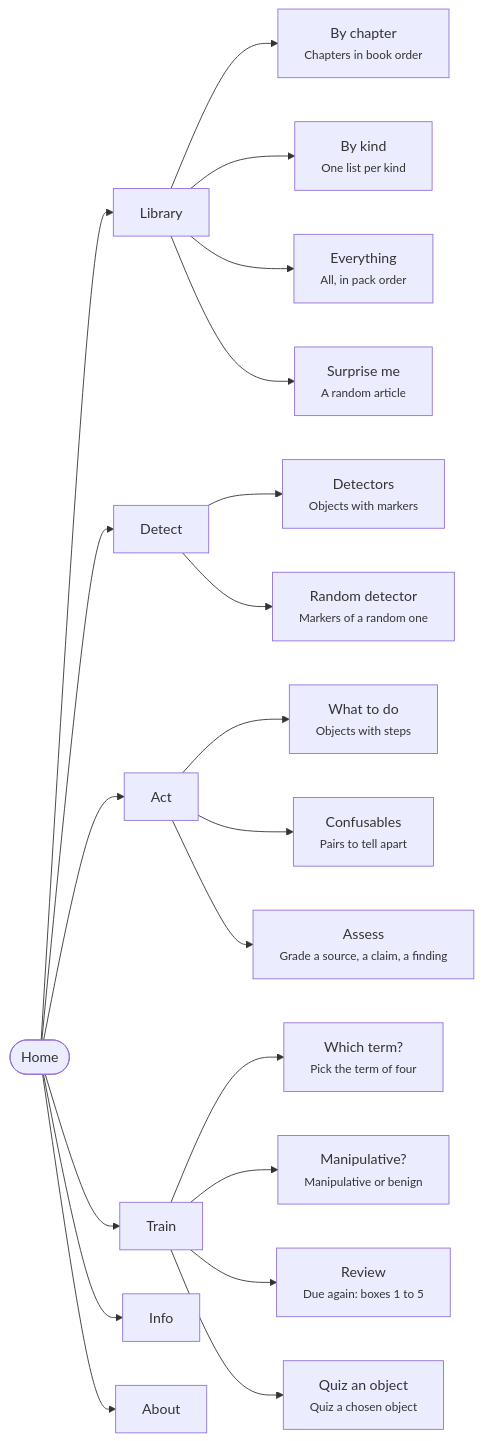
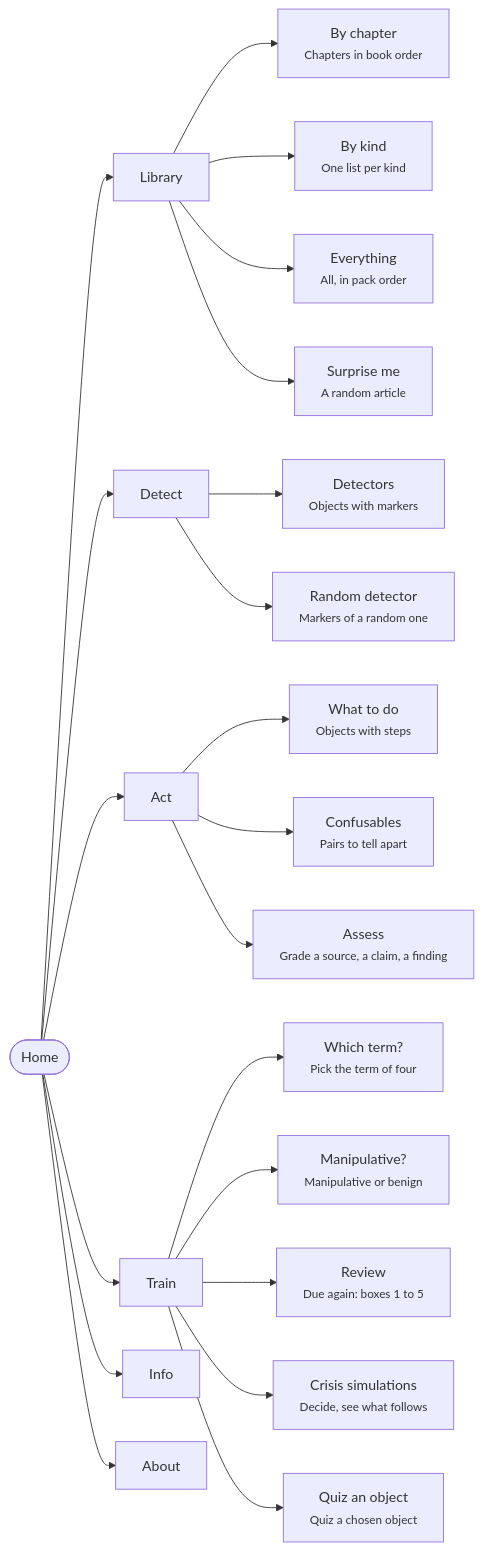
The first of 3 diagrams in README.md (korczis/prismatic-flipperzero), drawn with Mermaid before and after one commit. The commit also changed other lines of this file and 51 other files, not shown here.

First line of the commit message:
feat(simulate): the Prismatic Platform's crisis simulations, as data, offline

````diff
--- a/README.md
+++ b/README.md
@@ -149,23 +151,24 @@
 ```mermaid
 flowchart LR
   home(["Home"])
   home --> h0["Library"]
   h0 --> h0e0["By chapter<br/><small>Chapters in book order</small>"]
   h0 --> h0e1["By kind<br/><small>One list per kind</small>"]
   h0 --> h0e2["Everything<br/><small>All, in pack order</small>"]
   h0 --> h0e3["Surprise me<br/><small>A random article</small>"]
   home --> h1["Detect"]
   h1 --> h1e0["Detectors<br/><small>Objects with markers</small>"]
   h1 --> h1e1["Random detector<br/><small>Markers of a random one</small>"]
   home --> h2["Act"]
   h2 --> h2e0["What to do<br/><small>Objects with steps</small>"]
   h2 --> h2e1["Confusables<br/><small>Pairs to tell apart</small>"]
   h2 --> h2e2["Assess<br/><small>Grade a source, a claim, a finding</small>"]
   home --> h3["Train"]
   h3 --> h3e0["Which term?<br/><small>Pick the term of four</small>"]
   h3 --> h3e1["Manipulative?<br/><small>Manipulative or benign</small>"]
   h3 --> h3e2["Review<br/><small>Due again: boxes 1 to 5</small>"]
-  h3 --> h3e3["Quiz an object<br/><small>Quiz a chosen object</small>"]
+  h3 --> h3e3["Crisis simulations<br/><small>Decide, see what follows</small>"]
+  h3 --> h3e4["Quiz an object<br/><small>Quiz a chosen object</small>"]
   home --> t0["Info"]
   home --> t1["About"]
 ```
````
